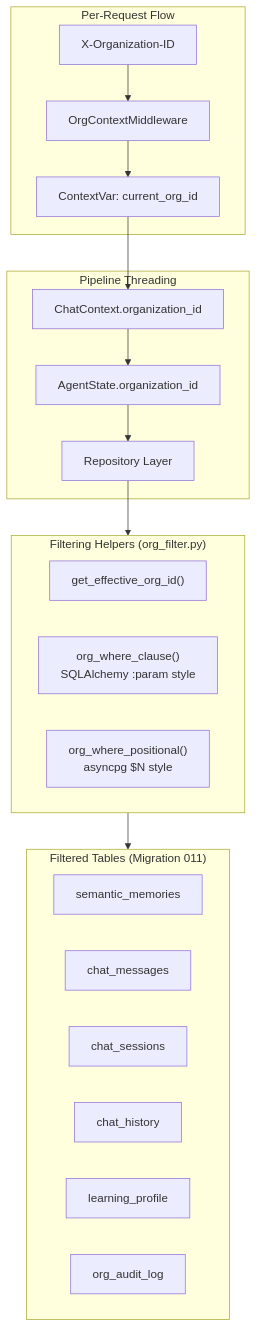
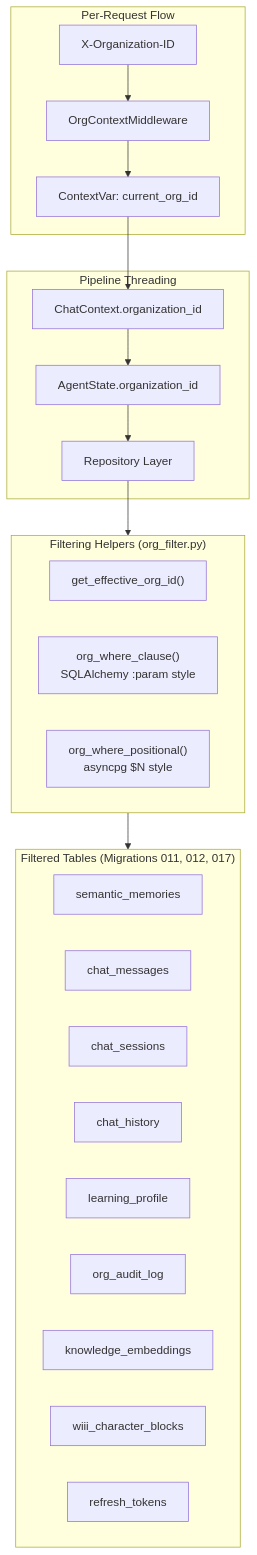
Before and after one commit to meiiie/wiii: diagram 18 of 24 in maritime-ai-service/docs/architecture/SYSTEM_ARCHITECTURE.md, drawn with Mermaid. The commit also changed other lines of this file and 44 other files, not shown here.

````diff
--- a/maritime-ai-service/docs/architecture/SYSTEM_ARCHITECTURE.md
+++ b/maritime-ai-service/docs/architecture/SYSTEM_ARCHITECTURE.md
@@ -1271,30 +1271,33 @@
 ```mermaid
 flowchart TB
     subgraph Request["Per-Request Flow"]
         HDR["X-Organization-ID"] --> MW["OrgContextMiddleware"]
         MW --> CV["ContextVar: current_org_id"]
     end
 
     subgraph Pipeline["Pipeline Threading"]
         CV --> CTX["ChatContext.organization_id"]
         CTX --> STATE["AgentState.organization_id"]
         STATE --> REPOS["Repository Layer"]
     end
 
     subgraph Filtering["Filtering Helpers (org_filter.py)"]
         EFF["get_effective_org_id()"]
         NAMED["org_where_clause()<br/>SQLAlchemy :param style"]
         POS["org_where_positional()<br/>asyncpg $N style"]
     end
 
-    subgraph Tables["Filtered Tables (Migration 011)"]
+    subgraph Tables["Filtered Tables (Migrations 011, 012, 017)"]
         T1["semantic_memories"]
         T2["chat_messages"]
         T3["chat_sessions"]
         T4["chat_history"]
         T5["learning_profile"]
         T6["org_audit_log"]
+        T7["knowledge_embeddings"]
+        T8["wiii_character_blocks"]
+        T9["refresh_tokens"]
     end
 
     REPOS --> Filtering --> Tables
 ```
````
